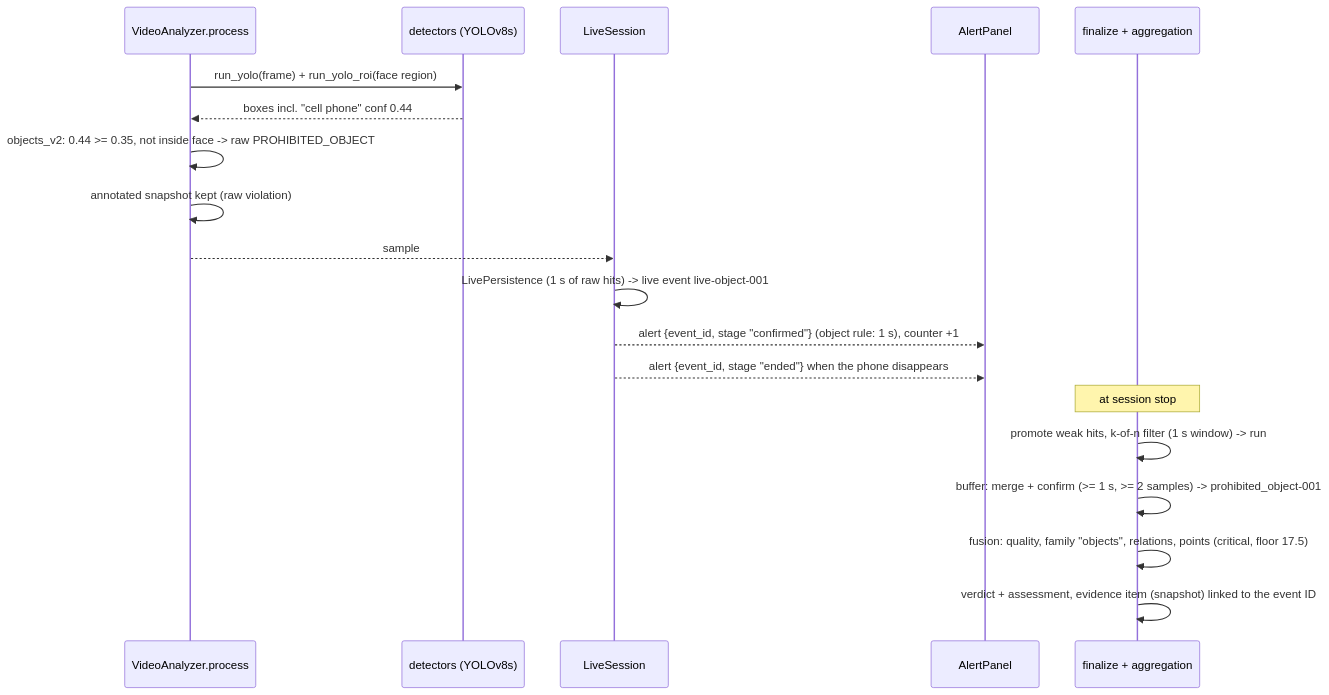
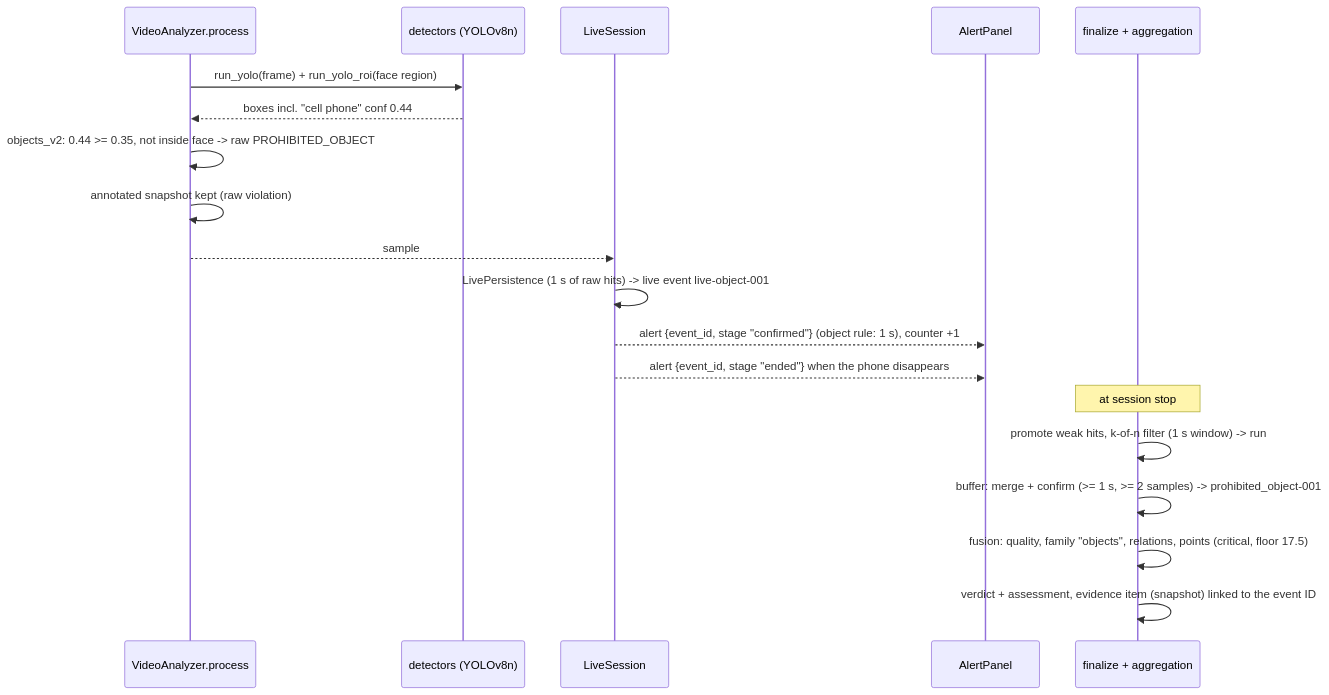
One commit to Cleancode16/major-project-online-proctoring changed the seventh of 8 diagrams in README.md. Above: the diagram before and after it, drawn with Mermaid. The commit also changed other lines of this file and 18 other files, not shown here.

````diff
--- a/README.md
+++ b/README.md
@@ -993,22 +994,22 @@
 ```mermaid
 sequenceDiagram
     participant VA as VideoAnalyzer.process
-    participant Y as detectors (YOLOv8s)
+    participant Y as detectors (YOLOv8n)
     participant LS as LiveSession
     participant FE as AlertPanel
     participant FN as finalize + aggregation
 
     VA->>Y: run_yolo(frame) + run_yolo_roi(face region)
     Y-->>VA: boxes incl. "cell phone" conf 0.44
     VA->>VA: objects_v2: 0.44 >= 0.35, not inside face -> raw PROHIBITED_OBJECT
     VA->>VA: annotated snapshot kept (raw violation)
     VA-->>LS: sample
     LS->>LS: LivePersistence (1 s of raw hits) -> live event live-object-001
     LS-->>FE: alert {event_id, stage "confirmed"} (object rule: 1 s), counter +1
     LS-->>FE: alert {event_id, stage "ended"} when the phone disappears
     Note over FN: at session stop
     FN->>FN: promote weak hits, k-of-n filter (1 s window) -> run
     FN->>FN: buffer: merge + confirm (>= 1 s, >= 2 samples) -> prohibited_object-001
     FN->>FN: fusion: quality, family "objects", relations, points (critical, floor 17.5)
     FN->>FN: verdict + assessment, evidence item (snapshot) linked to the event ID
 ```
````
